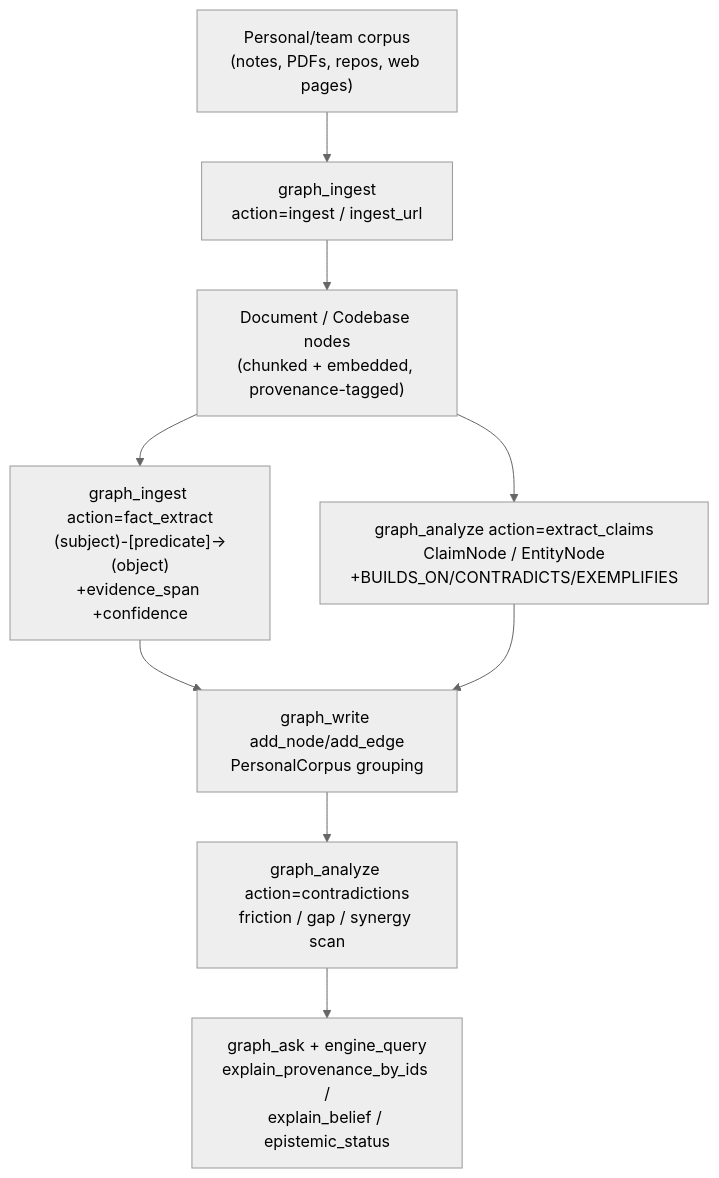
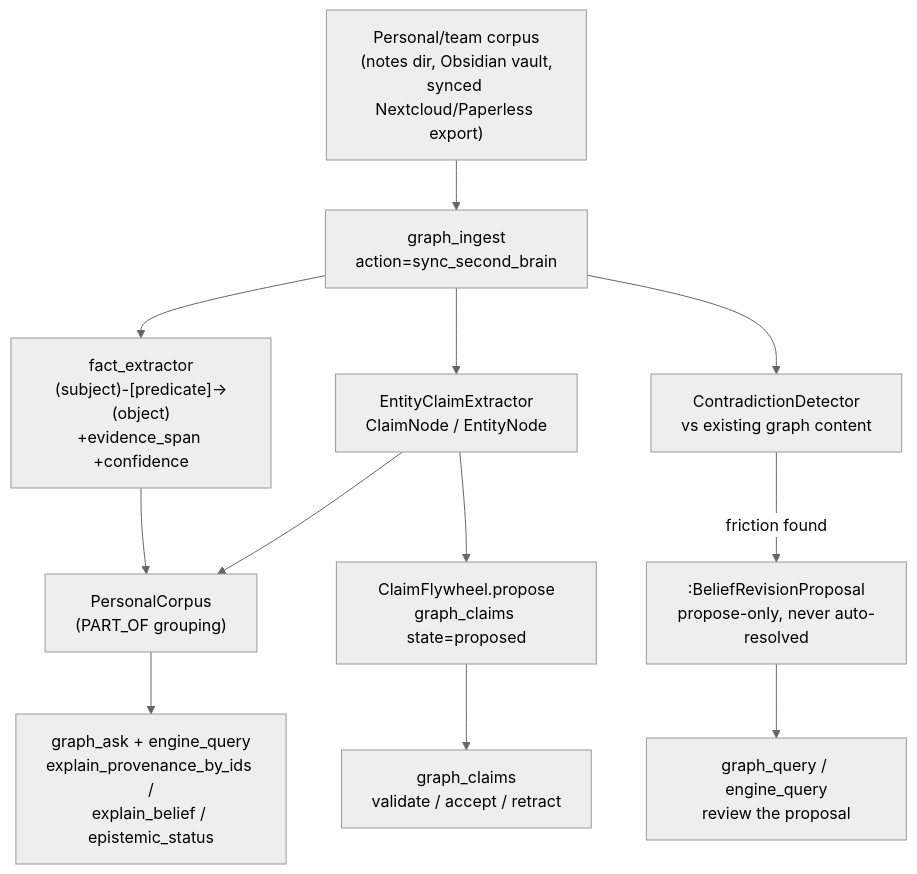
Before and after one commit to Knuckles-Team/universal-skills: the diagram in universal_skills/research-workflows/second-brain-sync/SKILL.md, drawn with Mermaid (neutral theme). The commit also changed other lines of this file and 2 other files, not shown here.

````diff
--- a/universal_skills/research-workflows/second-brain-sync/SKILL.md
+++ b/universal_skills/research-workflows/second-brain-sync/SKILL.md
@@ -44,11 +51,14 @@
 ```mermaid
 graph TD
-    A["Personal/team corpus\n(notes, PDFs, repos, web pages)"] --> B["graph_ingest\naction=ingest / ingest_url"]
-    B --> C["Document / Codebase nodes\n(chunked + embedded, provenance-tagged)"]
-    C --> D["graph_ingest action=fact_extract\n(subject)-[predicate]->(object)\n+evidence_span +confidence"]
-    C --> E["graph_analyze action=extract_claims\nClaimNode / EntityNode\n+BUILDS_ON/CONTRADICTS/EXEMPLIFIES"]
-    D --> F["graph_write add_node/add_edge\nPersonalCorpus grouping"]
-    E --> F
-    F --> G["graph_analyze action=contradictions\nfriction / gap / synergy scan"]
-    G --> H["graph_ask + engine_query\nexplain_provenance_by_ids /\nexplain_belief / epistemic_status"]
+    A["Personal/team corpus\n(notes dir, Obsidian vault,\nsynced Nextcloud/Paperless export)"] --> B["graph_ingest\naction=sync_second_brain"]
+    B --> C["fact_extractor\n(subject)-[predicate]->(object)\n+evidence_span +confidence"]
+    B --> D["EntityClaimExtractor\nClaimNode / EntityNode"]
+    D --> E["ClaimFlywheel.propose\ngraph_claims state=proposed"]
+    B --> F["ContradictionDetector\nvs existing graph content"]
+    F -->|friction found| G[":BeliefRevisionProposal\npropose-only, never auto-resolved"]
+    C --> H["PersonalCorpus\n(PART_OF grouping)"]
+    D --> H
+    E --> I["graph_claims\nvalidate / accept / retract"]
+    G --> J["graph_query / engine_query\nreview the proposal"]
+    H --> K["graph_ask + engine_query\nexplain_provenance_by_ids /\nexplain_belief / epistemic_status"]
 ```
````
